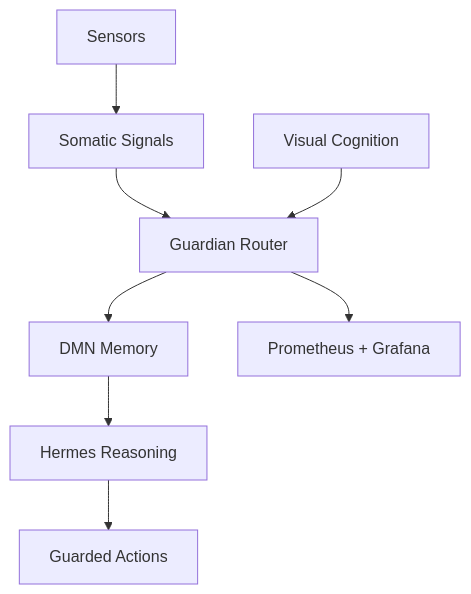
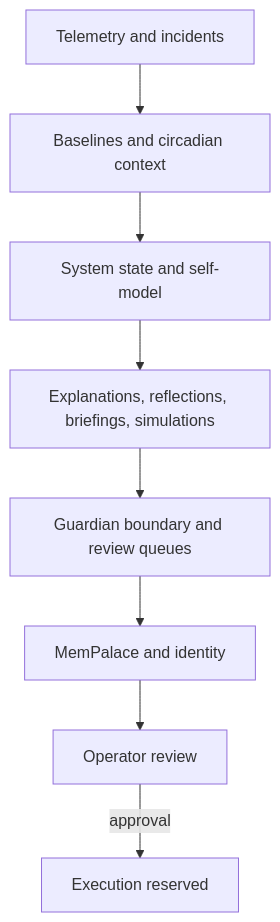
One commit to alicken-lai/ambient-somatic-intelligence changed the diagram in README.md. Above: the diagram before and after it, drawn with Mermaid. The commit also changed other lines of this file, not shown here.

````diff
--- a/README.md
+++ b/README.md
@@ -56,10 +21,10 @@
 ```mermaid
 flowchart TD
-    A[Sensors] --> B[Somatic Signals]
-    B --> C[Guardian Router]
-    C --> D[DMN Memory]
-    D --> E[Hermes Reasoning]
-    E --> F[Guarded Actions]
-    C --> G[Prometheus + Grafana]
-    H[Visual Cognition] --> C
+    T[Telemetry and incidents] --> B[Baselines and circadian context]
+    B --> S[System state and self-model]
+    S --> E[Explanations, reflections, briefings, simulations]
+    E --> G[Guardian boundary and review queues]
+    G --> M[MemPalace and identity]
+    M --> O[Operator review]
+    O -->|approval| X[Execution reserved]
 ```
````
